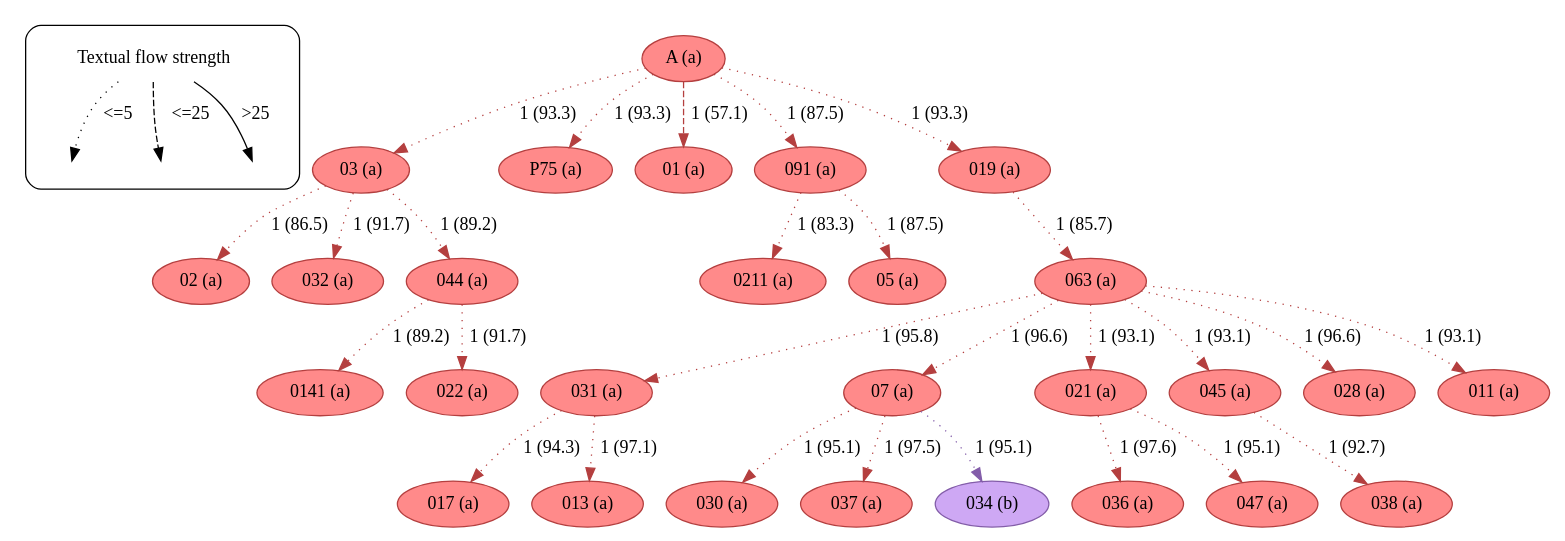
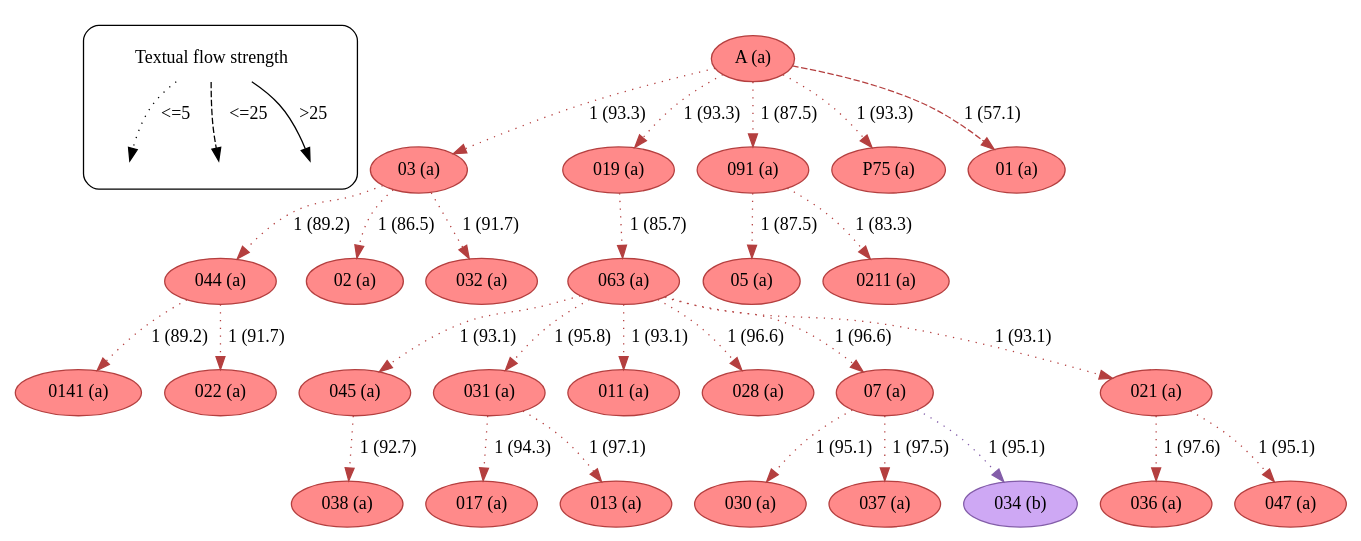
One commit to edmondac/CBGM changed the diagram in example/c2/textual_flow_22_68-70_c2.dot. Above: the diagram before and after it, drawn with Graphviz. The commit also changed other lines of this file and 168 other files, not shown here.

```diff
--- a/example/c2/textual_flow_22_68-70_c2.dot
+++ b/example/c2/textual_flow_22_68-70_c2.dot
@@ -23,37 +23,30 @@
 		leg_s -> leg_e3		 [label=">25",
 			style=solid];
 	}
+	A	 [color="#b43f3f",
+		fillcolor="#FF8A8A",
+		label="A (a)",
+		style=filled];
 	03	 [color="#b43f3f",
 		fillcolor="#FF8A8A",
 		label="03 (a)",
 		style=filled];
-	02	 [color="#b43f3f",
-		fillcolor="#FF8A8A",
-		label="02 (a)",
-		style=filled];
-	03 -> 02	 [color="#b43f3f",
-		label="1 (86.5)",
-		style=dotted];
-	032	 [color="#b43f3f",
-		fillcolor="#FF8A8A",
-		label="032 (a)",
-		style=filled];
-	03 -> 032	 [color="#b43f3f",
-		label="1 (91.7)",
-		style=dotted];
-	044	 [color="#b43f3f",
-		fillcolor="#FF8A8A",
-		label="044 (a)",
-		style=filled];
-	03 -> 044	 [color="#b43f3f",
-		label="1 (89.2)",
-		style=dotted];
-	A	 [color="#b43f3f",
-		fillcolor="#FF8A8A",
-		label="A (a)",
-		style=filled];
 	A -> 03	 [color="#b43f3f",
 		label="1 (93.3)",
+		style=dotted];
+	019	 [color="#b43f3f",
+		fillcolor="#FF8A8A",
+		label="019 (a)",
+		style=filled];
+	A -> 019	 [color="#b43f3f",
+		label="1 (93.3)",
+		style=dotted];
+	091	 [color="#b43f3f",
+		fillcolor="#FF8A8A",
+		label="091 (a)",
+		style=filled];
+	A -> 091	 [color="#b43f3f",
+		label="1 (87.5)",
 		style=dotted];
 	P75	 [color="#b43f3f",
 		fillcolor="#FF8A8A",
@@ -69,44 +62,72 @@
 	A -> 01	 [color="#b43f3f",
 		label="1 (57.1)",
 		style=dashed];
-	091	 [color="#b43f3f",
+	044	 [color="#b43f3f",
 		fillcolor="#FF8A8A",
-		label="091 (a)",
+		label="044 (a)",
 		style=filled];
-	A -> 091	 [color="#b43f3f",
-		label="1 (87.5)",
+	03 -> 044	 [color="#b43f3f",
+		label="1 (89.2)",
 		style=dotted];
-	019	 [color="#b43f3f",
+	02	 [color="#b43f3f",
 		fillcolor="#FF8A8A",
-		label="019 (a)",
+		label="02 (a)",
 		style=filled];
-	A -> 019	 [color="#b43f3f",
-		label="1 (93.3)",
+	03 -> 02	 [color="#b43f3f",
+		label="1 (86.5)",
 		style=dotted];
-	0211	 [color="#b43f3f",
+	032	 [color="#b43f3f",
 		fillcolor="#FF8A8A",
-		label="0211 (a)",
+		label="032 (a)",
 		style=filled];
-	091 -> 0211	 [color="#b43f3f",
-		label="1 (83.3)",
+	03 -> 032	 [color="#b43f3f",
+		label="1 (91.7)",
 		style=dotted];
-	05	 [color="#b43f3f",
+	0141	 [color="#b43f3f",
 		fillcolor="#FF8A8A",
-		label="05 (a)",
+		label="0141 (a)",
 		style=filled];
-	091 -> 05	 [color="#b43f3f",
-		label="1 (87.5)",
+	044 -> 0141	 [color="#b43f3f",
+		label="1 (89.2)",
+		style=dotted];
+	022	 [color="#b43f3f",
+		fillcolor="#FF8A8A",
+		label="022 (a)",
+		style=filled];
+	044 -> 022	 [color="#b43f3f",
+		label="1 (91.7)",
 		style=dotted];
 	063	 [color="#b43f3f",
 		fillcolor="#FF8A8A",
 		label="063 (a)",
 		style=filled];
+	045	 [color="#b43f3f",
+		fillcolor="#FF8A8A",
+		label="045 (a)",
+		style=filled];
+	063 -> 045	 [color="#b43f3f",
+		label="1 (93.1)",
+		style=dotted];
 	031	 [color="#b43f3f",
 		fillcolor="#FF8A8A",
 		label="031 (a)",
 		style=filled];
 	063 -> 031	 [color="#b43f3f",
 		label="1 (95.8)",
+		style=dotted];
+	011	 [color="#b43f3f",
+		fillcolor="#FF8A8A",
+		label="011 (a)",
+		style=filled];
+	063 -> 011	 [color="#b43f3f",
+		label="1 (93.1)",
+		style=dotted];
+	028	 [color="#b43f3f",
+		fillcolor="#FF8A8A",
+		label="028 (a)",
+		style=filled];
+	063 -> 028	 [color="#b43f3f",
+		label="1 (96.6)",
 		style=dotted];
 	07	 [color="#b43f3f",
 		fillcolor="#FF8A8A",
@@ -122,26 +143,12 @@
 	063 -> 021	 [color="#b43f3f",
 		label="1 (93.1)",
 		style=dotted];
-	045	 [color="#b43f3f",
+	038	 [color="#b43f3f",
 		fillcolor="#FF8A8A",
-		label="045 (a)",
+		label="038 (a)",
 		style=filled];
-	063 -> 045	 [color="#b43f3f",
-		label="1 (93.1)",
-		style=dotted];
-	028	 [color="#b43f3f",
-		fillcolor="#FF8A8A",
-		label="028 (a)",
-		style=filled];
-	063 -> 028	 [color="#b43f3f",
-		label="1 (96.6)",
-		style=dotted];
-	011	 [color="#b43f3f",
-		fillcolor="#FF8A8A",
-		label="011 (a)",
-		style=filled];
-	063 -> 011	 [color="#b43f3f",
-		label="1 (93.1)",
+	045 -> 038	 [color="#b43f3f",
+		label="1 (92.7)",
 		style=dotted];
 	017	 [color="#b43f3f",
 		fillcolor="#FF8A8A",
@@ -195,25 +202,18 @@
 	019 -> 063	 [color="#b43f3f",
 		label="1 (85.7)",
 		style=dotted];
-	038	 [color="#b43f3f",
+	05	 [color="#b43f3f",
 		fillcolor="#FF8A8A",
-		label="038 (a)",
+		label="05 (a)",
 		style=filled];
-	045 -> 038	 [color="#b43f3f",
-		label="1 (92.7)",
+	091 -> 05	 [color="#b43f3f",
+		label="1 (87.5)",
 		style=dotted];
-	0141	 [color="#b43f3f",
+	0211	 [color="#b43f3f",
 		fillcolor="#FF8A8A",
-		label="0141 (a)",
+		label="0211 (a)",
 		style=filled];
-	044 -> 0141	 [color="#b43f3f",
-		label="1 (89.2)",
-		style=dotted];
-	022	 [color="#b43f3f",
-		fillcolor="#FF8A8A",
-		label="022 (a)",
-		style=filled];
-	044 -> 022	 [color="#b43f3f",
-		label="1 (91.7)",
+	091 -> 0211	 [color="#b43f3f",
+		label="1 (83.3)",
 		style=dotted];
 }
```
